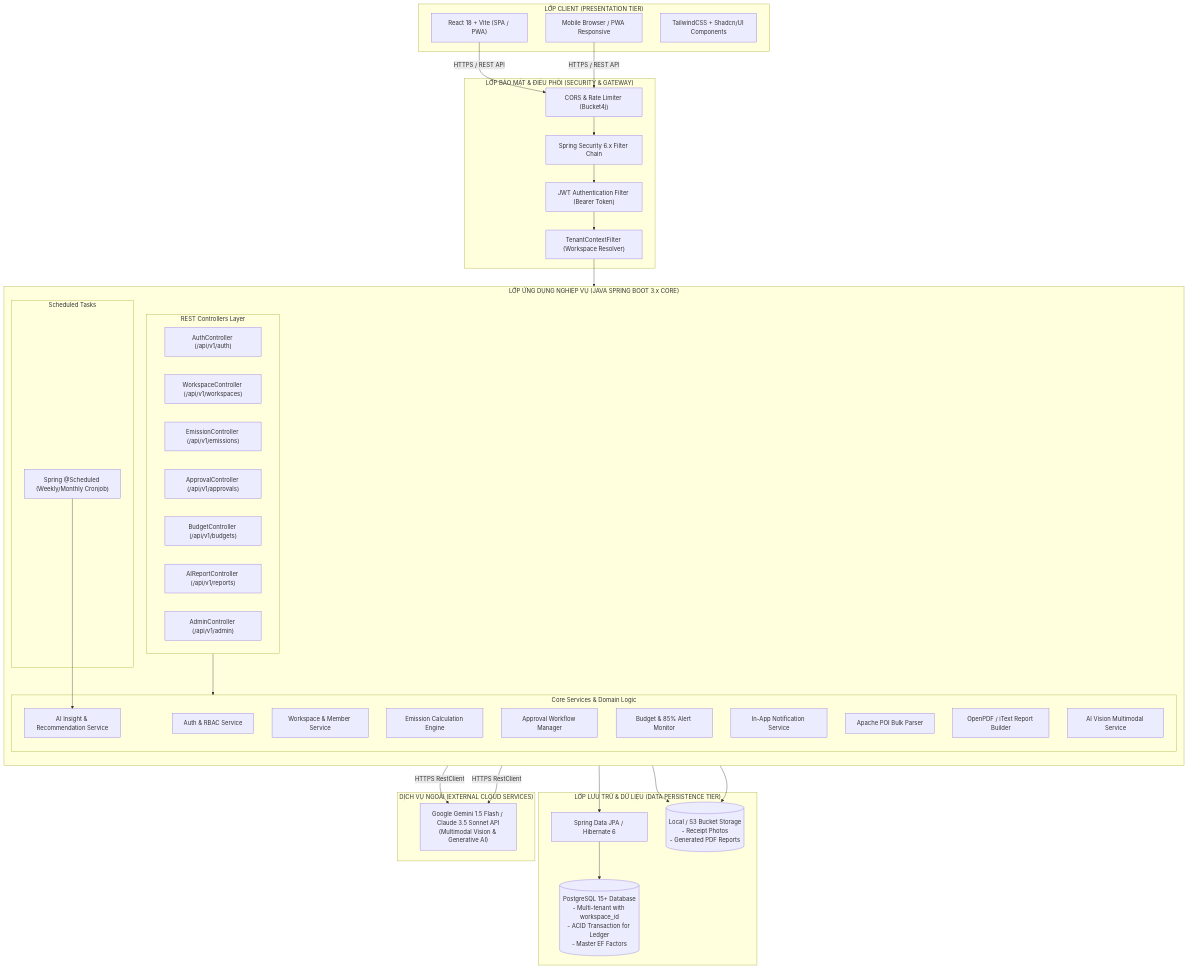
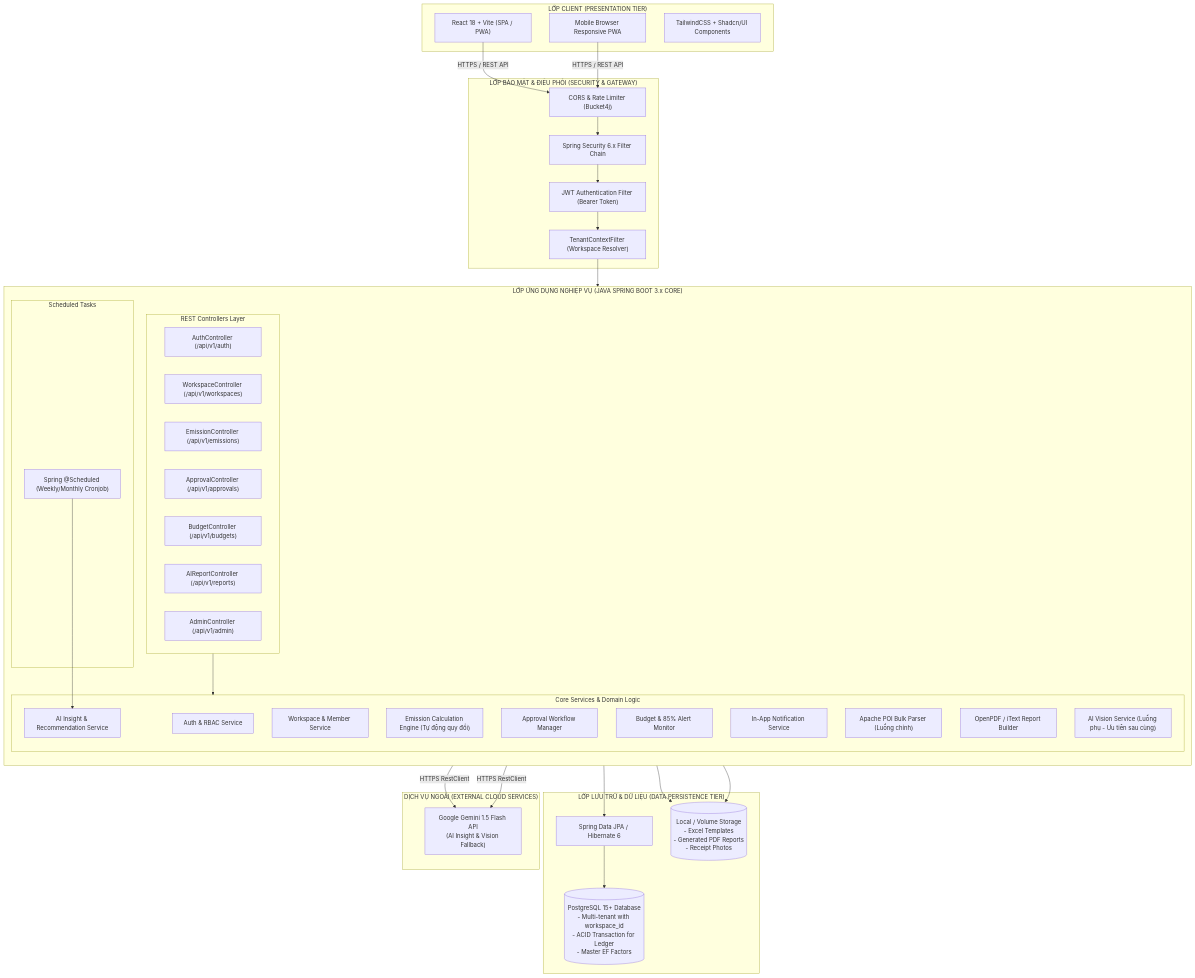
One commit to DatTienNguyenn/PMDC-BATCH4-DATNT250 changed the third of 7 diagrams in docs/PRD.md. Above: the diagram before and after it, drawn with Mermaid. The commit also changed other lines of this file and 4 other files, not shown here.

````diff
--- a/docs/PRD.md
+++ b/docs/PRD.md
@@ -275,72 +290,72 @@
 ```mermaid
 flowchart TD
     subgraph ClientTier["LỚP CLIENT (PRESENTATION TIER)"]
         Browser["React 18 + Vite (SPA / PWA)"]
-        MobilePWA["Mobile Browser / PWA Responsive"]
+        MobilePWA["Mobile Browser Responsive PWA"]
         Tailwind["TailwindCSS + Shadcn/UI Components"]
     end
 
     subgraph GatewaySecurity["LỚP BẢO MẬT & ĐIỀU PHỐI (SECURITY & GATEWAY)"]
         SpringSec["Spring Security 6.x Filter Chain"]
         JWTFilter["JWT Authentication Filter (Bearer Token)"]
         TenantContext["TenantContextFilter (Workspace Resolver)"]
         CorsConfig["CORS & Rate Limiter (Bucket4j)"]
     end
 
     subgraph BackendApp["LỚP ỨNG DỤNG NGHIỆP VỤ (JAVA SPRING BOOT 3.x CORE)"]
         direction TB
         subgraph Controllers["REST Controllers Layer"]
             AuthController["AuthController (/api/v1/auth)"]
             WSController["WorkspaceController (/api/v1/workspaces)"]
             EmissionController["EmissionController (/api/v1/emissions)"]
             ApprovalController["ApprovalController (/api/v1/approvals)"]
             BudgetController["BudgetController (/api/v1/budgets)"]
             AIReportController["AIReportController (/api/v1/reports)"]
             AdminController["AdminController (/api/v1/admin)"]
         end
 
         subgraph ServiceEngines["Core Services & Domain Logic"]
             AuthService["Auth & RBAC Service"]
             WorkspaceService["Workspace & Member Service"]
-            CalcEngine["Emission Calculation Engine"]
+            CalcEngine["Emission Calculation Engine (Tự động quy đổi)"]
             ApprovalService["Approval Workflow Manager"]
             ThresholdMonitor["Budget & 85% Alert Monitor"]
             NotificationService["In-App Notification Service"]
-            ExcelProcessor["Apache POI Bulk Parser"]
+            ExcelProcessor["Apache POI Bulk Parser (Luồng chính)"]
             PDFGenerator["OpenPDF / iText Report Builder"]
-            AIVisionService["AI Vision Multimodal Service"]
             AIInsightService["AI Insight & Recommendation Service"]
+            AIVisionService["AI Vision Service (Luồng phụ - Ưu tiên sau cùng)"]
         end
 
         subgraph Schedulers["Scheduled Tasks"]
             CronScheduler["Spring @Scheduled (Weekly/Monthly Cronjob)"]
         end
     end
 
     subgraph DataStorage["LỚP LƯU TRỮ & DỮ LIỆU (DATA PERSISTENCE TIER)"]
         SpringData["Spring Data JPA / Hibernate 6"]
         PostgresDB[("PostgreSQL 15+ Database\n- Multi-tenant with workspace_id\n- ACID Transaction for Ledger\n- Master EF Factors")]
-        FileStorage[("Local / S3 Bucket Storage\n- Receipt Photos\n- Generated PDF Reports")]
+        FileStorage[("Local / Volume Storage\n- Excel Templates\n- Generated PDF Reports\n- Receipt Photos")]
     end
 
     subgraph ExternalServices["DỊCH VỤ NGOÀI (EXTERNAL CLOUD SERVICES)"]
-        GeminiAPI["Google Gemini 1.5 Flash / Claude 3.5 Sonnet API\n(Multimodal Vision & Generative AI)"]
+        GeminiAPI["Google Gemini 1.5 Flash API\n(AI Insight & Vision Fallback)"]
     end
 
     %% Tương tác Client -> Gateway
     Browser & MobilePWA -->|HTTPS / REST API| CorsConfig
     CorsConfig --> SpringSec
     SpringSec --> JWTFilter
     JWTFilter --> TenantContext
     TenantContext --> Controllers
 
     %% Controllers -> Services
     Controllers --> ServiceEngines
     CronScheduler --> AIInsightService
 
     %% Services -> Data & External
     ServiceEngines --> SpringData
     SpringData --> PostgresDB
-    AIVisionService & AIInsightService -->|HTTPS RestClient| GeminiAPI
+    AIInsightService & AIVisionService -->|HTTPS RestClient| GeminiAPI
     ExcelProcessor & PDFGenerator --> FileStorage
 ```
````
